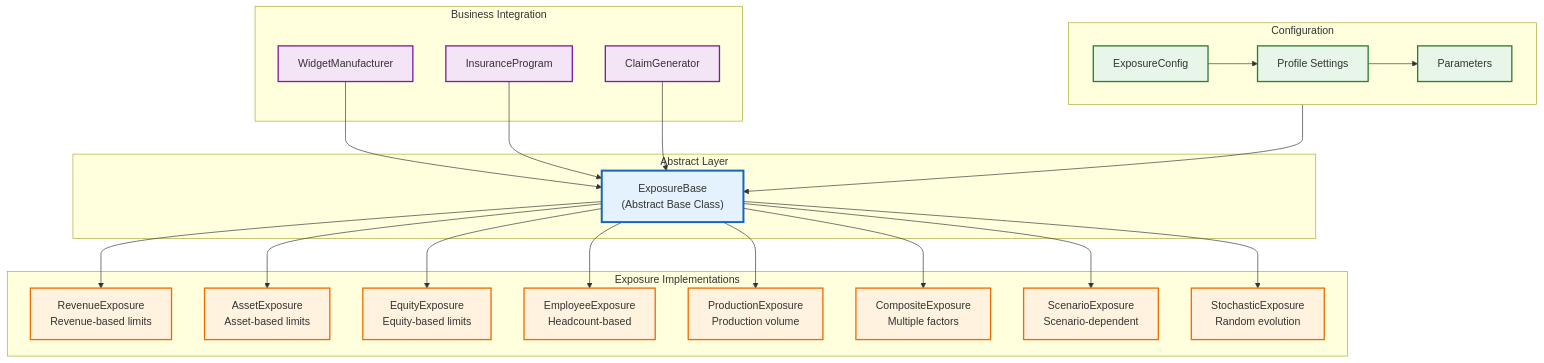
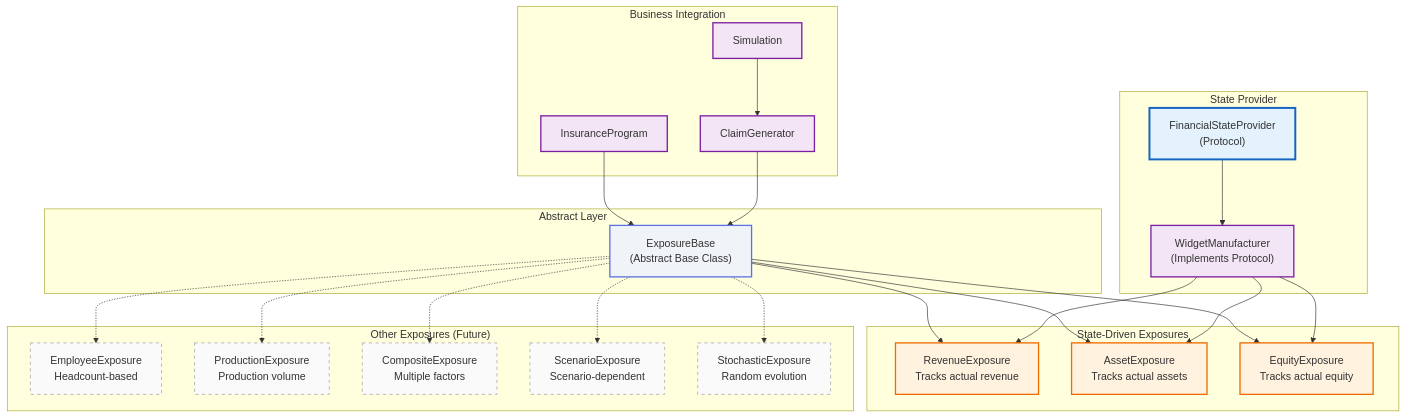
The first of 2 diagrams in ergodic_insurance/docs/architecture/exposure_system.md (AlexFiliakov/Ergodic-Insurance-Limits), drawn with Mermaid before and after one commit. The commit also changed other lines of this file and 1 other file, not shown here.

First line of the commit message:
docs: update documentation and examples for state-driven exposures

````diff
--- a/ergodic_insurance/docs/architecture/exposure_system.md
+++ b/ergodic_insurance/docs/architecture/exposure_system.md
@@ -7,62 +7,68 @@
 ```{mermaid}
 graph TB
+    %% State Provider
+    subgraph Provider["State Provider"]
+        STATE_PROVIDER["FinancialStateProvider<br/>(Protocol)"]
+        MANUFACTURER["WidgetManufacturer<br/>(Implements Protocol)"]
+    end
+
     %% Abstract Base
     subgraph Abstract["Abstract Layer"]
         EXPOSURE_BASE["ExposureBase<br/>(Abstract Base Class)"]
     end
 
-    %% Concrete Implementations
-    subgraph Implementations["Exposure Implementations"]
-        REVENUE["RevenueExposure<br/>Revenue-based limits"]
-        ASSET["AssetExposure<br/>Asset-based limits"]
-        EQUITY["EquityExposure<br/>Equity-based limits"]
+    %% State-Driven Implementations
+    subgraph StateDrivern["State-Driven Exposures"]
+        REVENUE["RevenueExposure<br/>Tracks actual revenue"]
+        ASSET["AssetExposure<br/>Tracks actual assets"]
+        EQUITY["EquityExposure<br/>Tracks actual equity"]
+    end
+
+    %% Other Implementations (Future Work)
+    subgraph Other["Other Exposures (Future)"]
         EMPLOYEE["EmployeeExposure<br/>Headcount-based"]
         PRODUCTION["ProductionExposure<br/>Production volume"]
         COMPOSITE["CompositeExposure<br/>Multiple factors"]
         SCENARIO["ScenarioExposure<br/>Scenario-dependent"]
         STOCHASTIC["StochasticExposure<br/>Random evolution"]
     end
 
     %% Business Integration
     subgraph Business["Business Integration"]
-        MANUFACTURER["WidgetManufacturer"]
+        SIMULATION["Simulation"]
         INSURANCE["InsuranceProgram"]
         CLAIM_GEN["ClaimGenerator"]
     end
 
-    %% Configuration
-    subgraph Config["Configuration"]
-        EXPOSURE_CFG["ExposureConfig"]
-        PROFILE["Profile Settings"]
-        PARAMS["Parameters"]
-    end
+    %% Relationships
+    STATE_PROVIDER --> MANUFACTURER
+    MANUFACTURER --> REVENUE
+    MANUFACTURER --> ASSET
+    MANUFACTURER --> EQUITY
 
-    %% Relationships
     EXPOSURE_BASE --> REVENUE
     EXPOSURE_BASE --> ASSET
     EXPOSURE_BASE --> EQUITY
-    EXPOSURE_BASE --> EMPLOYEE
-    EXPOSURE_BASE --> PRODUCTION
-    EXPOSURE_BASE --> COMPOSITE
-    EXPOSURE_BASE --> SCENARIO
-    EXPOSURE_BASE --> STOCHASTIC
+    EXPOSURE_BASE -.-> EMPLOYEE
+    EXPOSURE_BASE -.-> PRODUCTION
+    EXPOSURE_BASE -.-> COMPOSITE
+    EXPOSURE_BASE -.-> SCENARIO
+    EXPOSURE_BASE -.-> STOCHASTIC
 
-    MANUFACTURER --> EXPOSURE_BASE
+    SIMULATION --> CLAIM_GEN
+    CLAIM_GEN --> EXPOSURE_BASE
     INSURANCE --> EXPOSURE_BASE
-    CLAIM_GEN --> EXPOSURE_BASE
-
-    Config --> EXPOSURE_BASE
-    EXPOSURE_CFG --> PROFILE
-    PROFILE --> PARAMS
 
     %% Styling
-    classDef abstract fill:#e3f2fd,stroke:#1565c0,stroke-width:3px
+    classDef protocol fill:#e3f2fd,stroke:#1565c0,stroke-width:3px
+    classDef abstract fill:#f0f4f8,stroke:#5e72e4,stroke-width:2px
     classDef impl fill:#fff3e0,stroke:#ef6c00,stroke-width:2px
+    classDef future fill:#fafafa,stroke:#999,stroke-width:1px,stroke-dasharray: 5 5
     classDef business fill:#f3e5f5,stroke:#7b1fa2,stroke-width:2px
-    classDef config fill:#e8f5e9,stroke:#2e7d32,stroke-width:2px
 
+    class STATE_PROVIDER protocol
     class EXPOSURE_BASE abstract
-    class REVENUE,ASSET,EQUITY,EMPLOYEE,PRODUCTION,COMPOSITE,SCENARIO,STOCHASTIC impl
-    class MANUFACTURER,INSURANCE,CLAIM_GEN business
-    class EXPOSURE_CFG,PROFILE,PARAMS config
+    class REVENUE,ASSET,EQUITY impl
+    class EMPLOYEE,PRODUCTION,COMPOSITE,SCENARIO,STOCHASTIC future
+    class MANUFACTURER,SIMULATION,INSURANCE,CLAIM_GEN business
 ```
````
